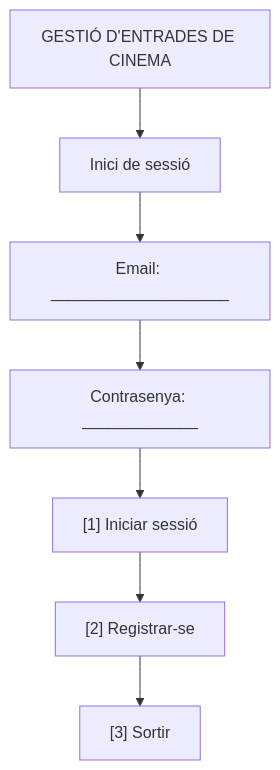
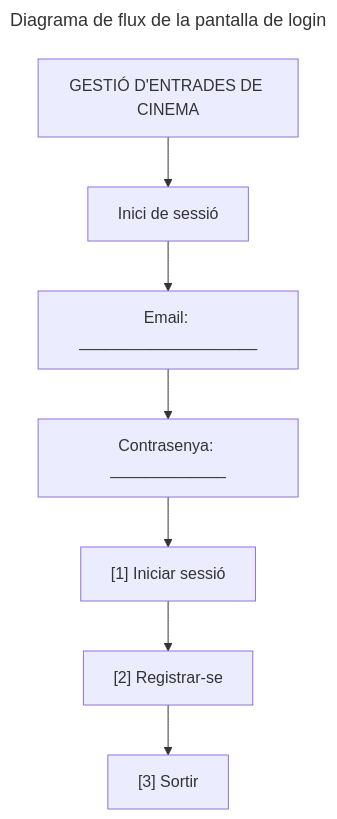
Before and after one commit to dnwits/projecte_entorns: the diagram in diagrames/d_wireframe_login.mermaid, drawn with Mermaid.

```diff
--- a/diagrames/d_wireframe_login.mermaid
+++ b/diagrames/d_wireframe_login.mermaid
@@ -1,12 +1,16 @@
+---
+title: Diagrama de flux de la pantalla de login
+---
+
 graph TD
   A[GESTIÓ D'ENTRADES DE CINEMA ] 
   B[ Inici de sessió ]
   C[ Email: ____________________ ]
   D[ Contrasenya: _____________ ]
   E["[1] Iniciar sessió"]
   F["[2] Registrar-se"]
   G["[3] Sortir"]
 
   A --> B --> C --> D --> E
   E --> F
   F --> G
```
